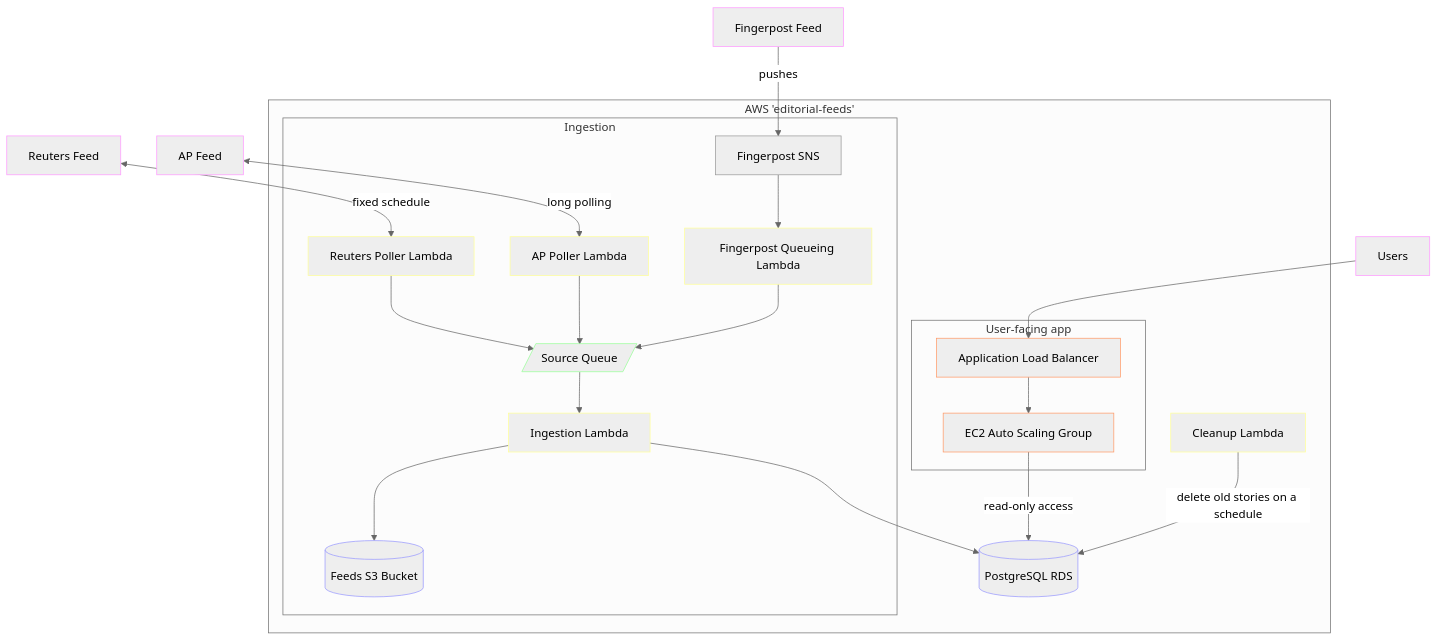
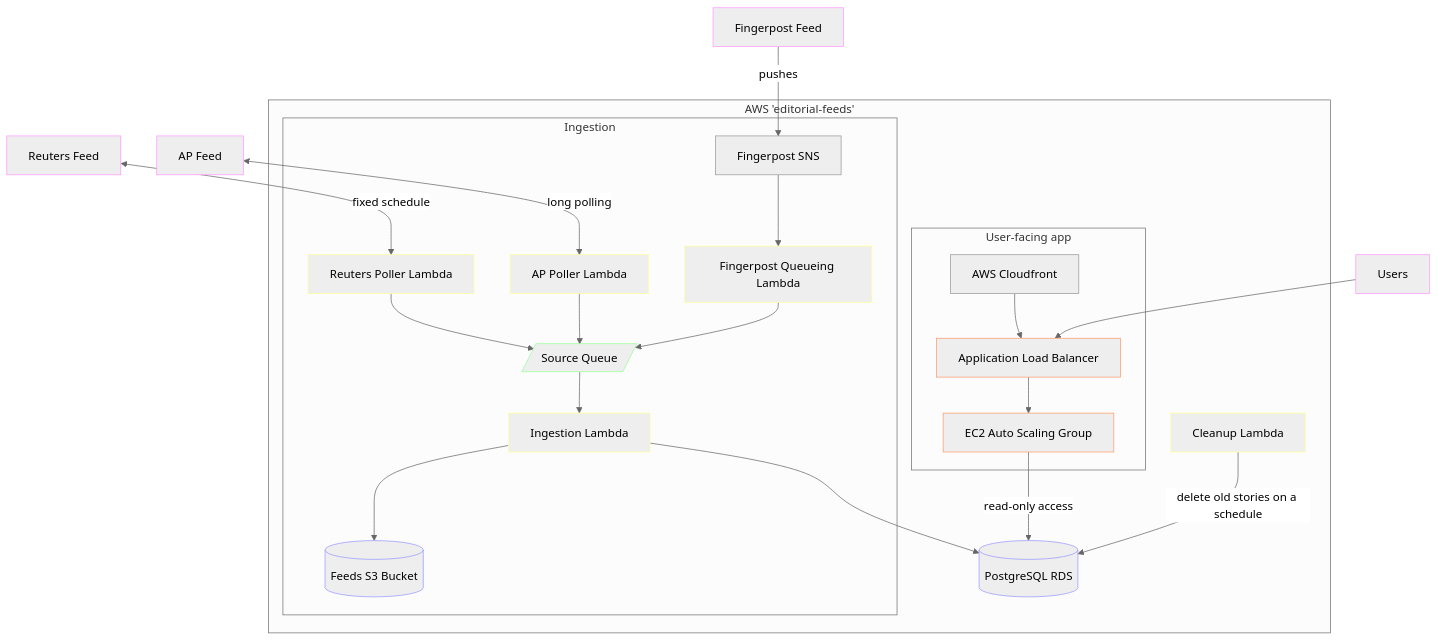
Before and after one commit to guardian/newswires: the diagram in README.md, drawn with Mermaid (neutral theme). The commit also changed 1 other file, not shown here.

Commit message:
add brief doc reminding to add new cookies to cf orp

````diff
--- a/README.md
+++ b/README.md
@@ -60,68 +60,70 @@
 ```mermaid
 graph TB
     %% External Sources
     Reuters[Reuters Feed]
     AP[AP Feed]
     Fingerpost[Fingerpost Feed]
     Users[Users]
 
     subgraph AWS["AWS 'editorial-feeds'"]
         subgraph WritePath["Ingestion"]
             %% Lambda Functions for ingestion
             ReutersPoller[Reuters Poller Lambda]
             APPoller[AP Poller Lambda]
             Ingestion[Ingestion Lambda]
 
             %% Queues and Topics
             FingerpostSNS[Fingerpost SNS]
             FingerpostQueueingLambda[Fingerpost Queueing Lambda]
             SourceQ[/Source Queue/]
 
             %% Ingestion flows
             ReutersPoller --> SourceQ
             APPoller --> SourceQ
             FingerpostQueueingLambda --> SourceQ
             SourceQ --> Ingestion
             Ingestion --> FeedsBucket
         end
 
         subgraph ReadPath["User-facing app"]
             %% Web Application
             ASG[EC2 Auto Scaling Group]
             ALB[Application Load Balancer]
+            CF[AWS Cloudfront]
 
             %% Read path flows
+            CF  --> ALB
             ALB --> ASG
         end
 
         %% Shared Resources
         FeedsBucket[(Feeds S3 Bucket)]
         DB[(PostgreSQL RDS)]
         Cleanup[Cleanup Lambda]
 
         %% Shared Resource Flows
         Ingestion --> DB
         ASG -- "read-only access" --> DB
         Cleanup -- "delete old stories on a schedule" --> DB
     end
 
     %% External Data Flows
     Reuters <-- "fixed schedule" --> ReutersPoller
     AP <-- "long polling" --> APPoller
     Fingerpost -- pushes --> FingerpostSNS
     FingerpostSNS --> FingerpostQueueingLambda
     Users --> ALB
 
     %% Styling
     classDef external stroke:#f9f
     classDef lambda stroke:#ff9
     classDef queue stroke:#9f9
     classDef storage stroke:#99f
     classDef compute stroke:#f96
 
     class Reuters,AP,Fingerpost,Users external
     class ReutersPoller,APPoller,Ingestion,Cleanup,FingerpostQueueingLambda lambda
     class SourceQ queue
     class FeedsBucket,DB storage
     class ASG,ALB compute
 ```
````
